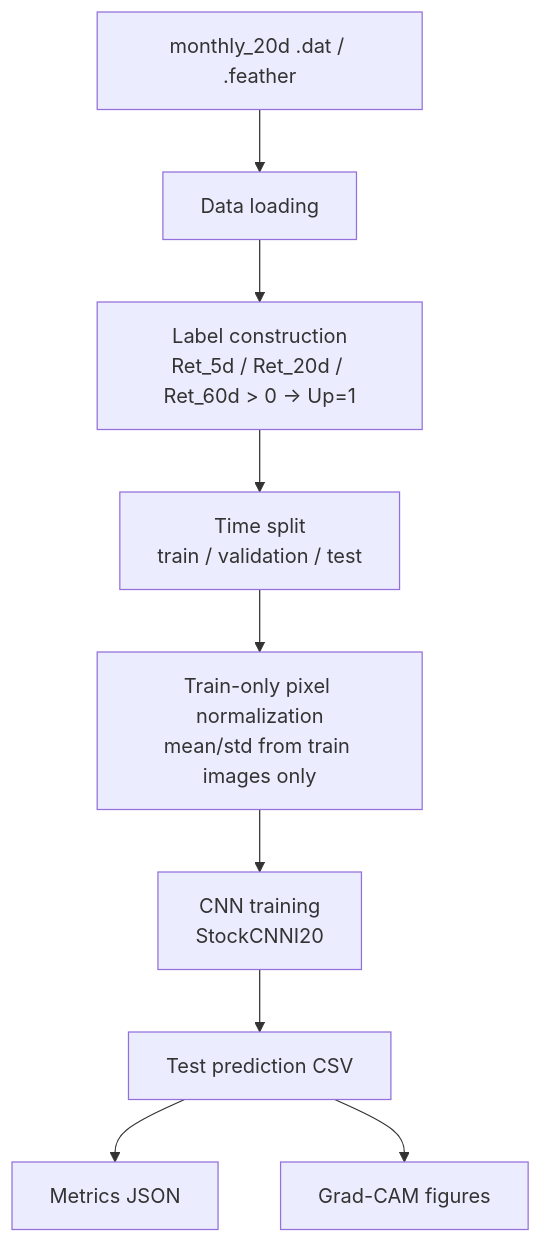
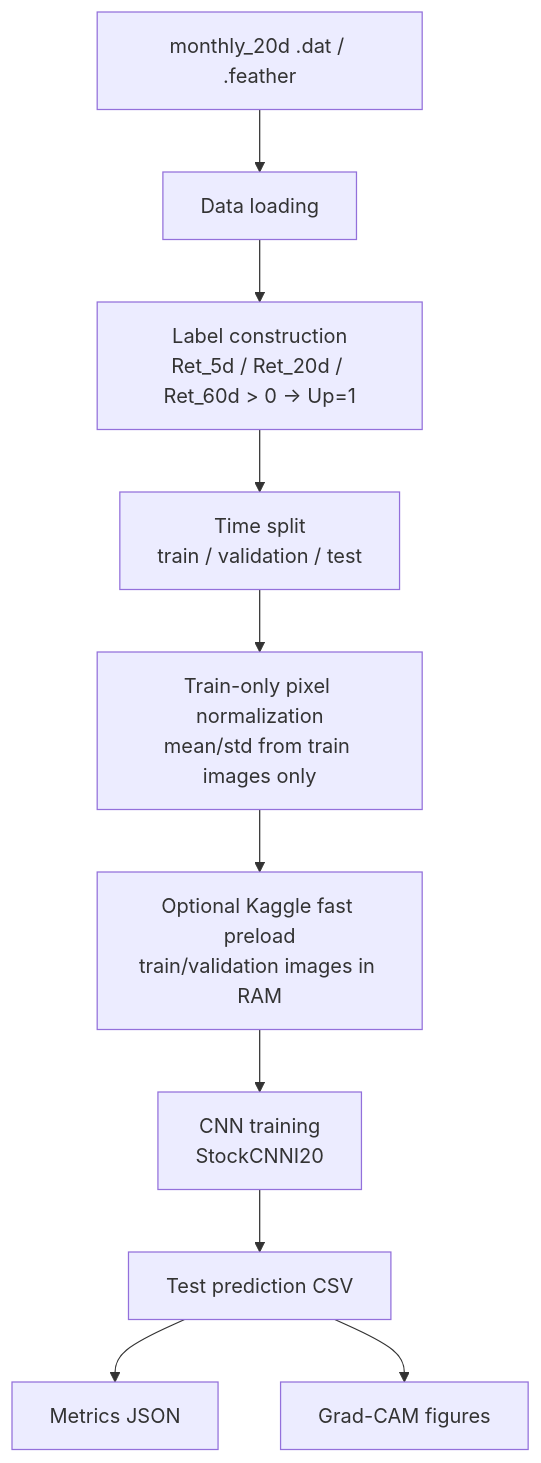
One commit to Jaehyeon-Jeong/Thesis changed the first of 2 diagrams in stage1_reimage_reproduction/docs/stage1_execution_map.md. Above: the diagram before and after it, drawn with Mermaid. The commit also changed other lines of this file and 12 other files, not shown here.

````diff
--- a/stage1_reimage_reproduction/docs/stage1_execution_map.md
+++ b/stage1_reimage_reproduction/docs/stage1_execution_map.md
@@ -17,11 +17,12 @@
 ```mermaid
 flowchart TD
     A["monthly_20d .dat / .feather"] --> B["Data loading"]
     B --> C["Label construction<br/>Ret_5d / Ret_20d / Ret_60d > 0 -> Up=1"]
     C --> D["Time split<br/>train / validation / test"]
     D --> E["Train-only pixel normalization<br/>mean/std from train images only"]
-    E --> F["CNN training<br/>StockCNNI20"]
+    E --> F0["Optional Kaggle fast preload<br/>train/validation images in RAM"]
+    F0 --> F["CNN training<br/>StockCNNI20"]
     F --> G["Test prediction CSV"]
     G --> H["Metrics JSON"]
     G --> I["Grad-CAM figures"]
 ```
````
